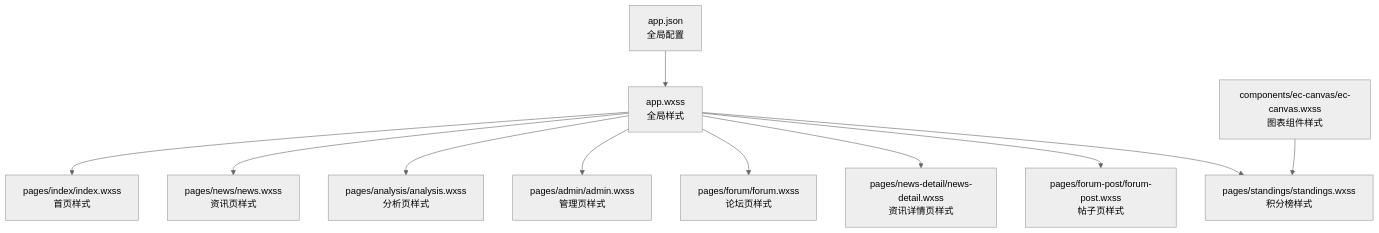
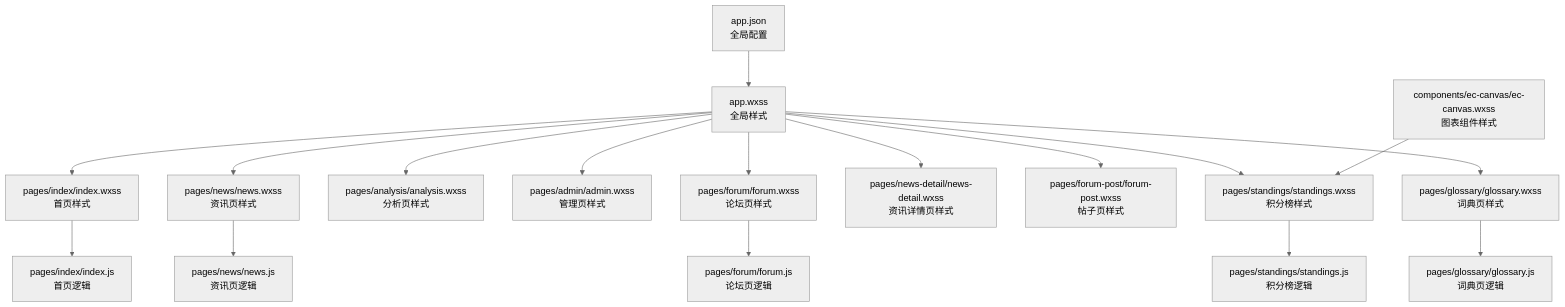
Before and after one commit to jianai0330/Fast-F1: the first of 13 diagrams in .qoder/repowiki/zh/content/微信小程序前端/样式管理与主题.md, drawn with Mermaid (neutral theme). The commit also changed other lines of this file and 22 other files, not shown here.

````diff
--- a/.qoder/repowiki/zh/content/微信小程序前端/样式管理与主题.md
+++ b/.qoder/repowiki/zh/content/微信小程序前端/样式管理与主题.md
@@ -46,13 +53,19 @@
 ```mermaid
 graph TB
 A["app.json<br/>全局配置"] --> B["app.wxss<br/>全局样式"]
 B --> C["pages/index/index.wxss<br/>首页样式"]
 B --> D["pages/news/news.wxss<br/>资讯页样式"]
 B --> E["pages/analysis/analysis.wxss<br/>分析页样式"]
 B --> F["pages/admin/admin.wxss<br/>管理页样式"]
 B --> G["pages/forum/forum.wxss<br/>论坛页样式"]
 B --> H["pages/news-detail/news-detail.wxss<br/>资讯详情页样式"]
 B --> I["pages/forum-post/forum-post.wxss<br/>帖子页样式"]
 B --> J["pages/standings/standings.wxss<br/>积分榜样式"]
-K["components/ec-canvas/ec-canvas.wxss<br/>图表组件样式"] --> J
+B --> K["pages/glossary/glossary.wxss<br/>词典页样式"]
+K --> L["pages/glossary/glossary.js<br/>词典页逻辑"]
+J --> M["pages/standings/standings.js<br/>积分榜逻辑"]
+C --> N["pages/index/index.js<br/>首页逻辑"]
+D --> O["pages/news/news.js<br/>资讯页逻辑"]
+G --> P["pages/forum/forum.js<br/>论坛页逻辑"]
+Q["components/ec-canvas/ec-canvas.wxss<br/>图表组件样式"] --> J
 ```
````
